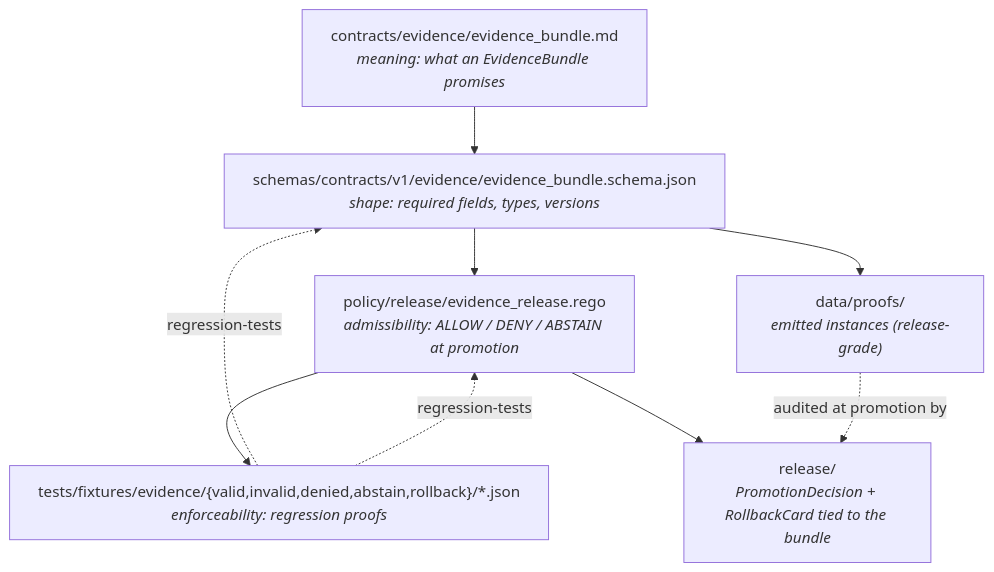
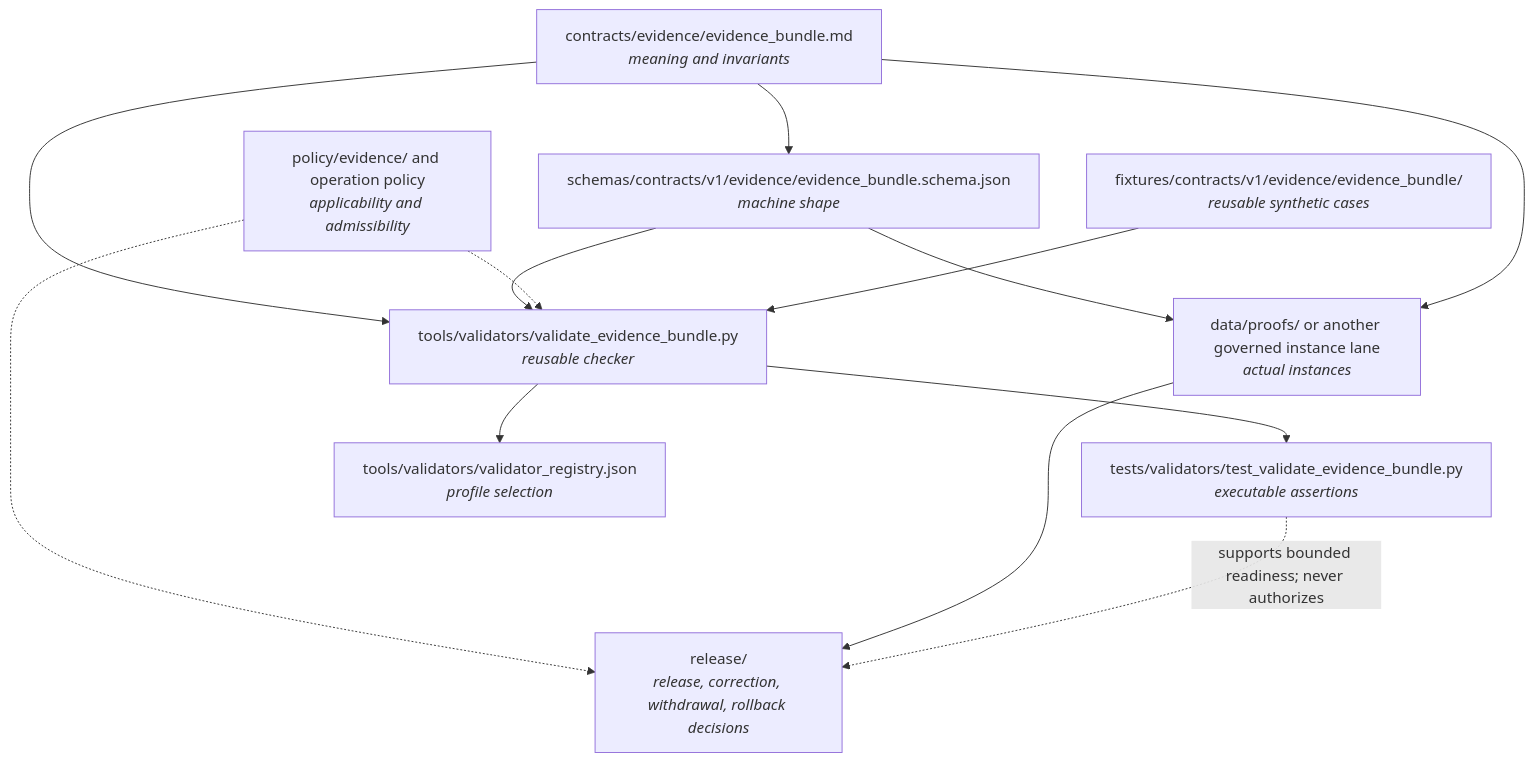
The second of 2 diagrams in docs/architecture/contract-schema-policy-split.md (bartytime4life/Kansas-Frontier-Matrix), drawn with Mermaid before and after one commit. The commit also changed other lines of this file, not shown here.

Commit message:
docs(architecture): ground contract schema policy split

````diff
--- a/docs/architecture/contract-schema-policy-split.md
+++ b/docs/architecture/contract-schema-policy-split.md
@@ -326,18 +445,25 @@
 ```mermaid
 flowchart TD
-  A["contracts/evidence/evidence_bundle.md<br/><i>meaning: what an EvidenceBundle promises</i>"]
-  B["schemas/contracts/v1/evidence/evidence_bundle.schema.json<br/><i>shape: required fields, types, versions</i>"]
-  C["policy/release/evidence_release.rego<br/><i>admissibility: ALLOW / DENY / ABSTAIN at promotion</i>"]
-  D["tests/fixtures/evidence/{valid,invalid,denied,abstain,rollback}/*.json<br/><i>enforceability: regression proofs</i>"]
-  E["data/proofs/<br/><i>emitted instances (release-grade)</i>"]
-  F["release/<br/><i>PromotionDecision + RollbackCard tied to the bundle</i>"]
+  C["contracts/evidence/evidence_bundle.md<br/><i>meaning and invariants</i>"]
+  S["schemas/contracts/v1/evidence/evidence_bundle.schema.json<br/><i>machine shape</i>"]
+  P["policy/evidence/ and operation policy<br/><i>applicability and admissibility</i>"]
+  F["fixtures/contracts/v1/evidence/evidence_bundle/<br/><i>reusable synthetic cases</i>"]
+  V["tools/validators/validate_evidence_bundle.py<br/><i>reusable checker</i>"]
+  T["tests/validators/test_validate_evidence_bundle.py<br/><i>executable assertions</i>"]
+  R["tools/validators/validator_registry.json<br/><i>profile selection</i>"]
+  I["data/proofs/ or another governed instance lane<br/><i>actual instances</i>"]
+  D["release/<br/><i>release, correction, withdrawal, rollback decisions</i>"]
 
-  A --> B
-  B --> C
-  C --> D
-  D -. "regression-tests" .-> B
-  D -. "regression-tests" .-> C
-  B --> E
-  C --> F
-  E -. "audited at promotion by" .-> F
+  C --> S
+  C --> V
+  S --> V
+  P -.-> V
+  F --> V
+  V --> T
+  V --> R
+  S --> I
+  C --> I
+  P -.-> D
+  I --> D
+  T -. "supports bounded readiness; never authorizes" .-> D
 ```
````
